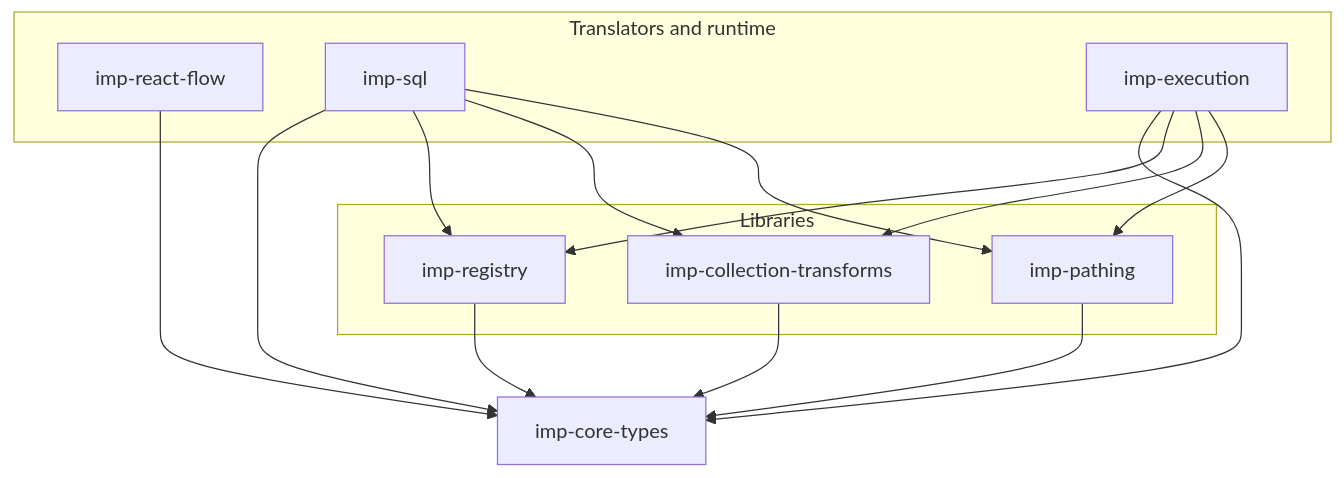
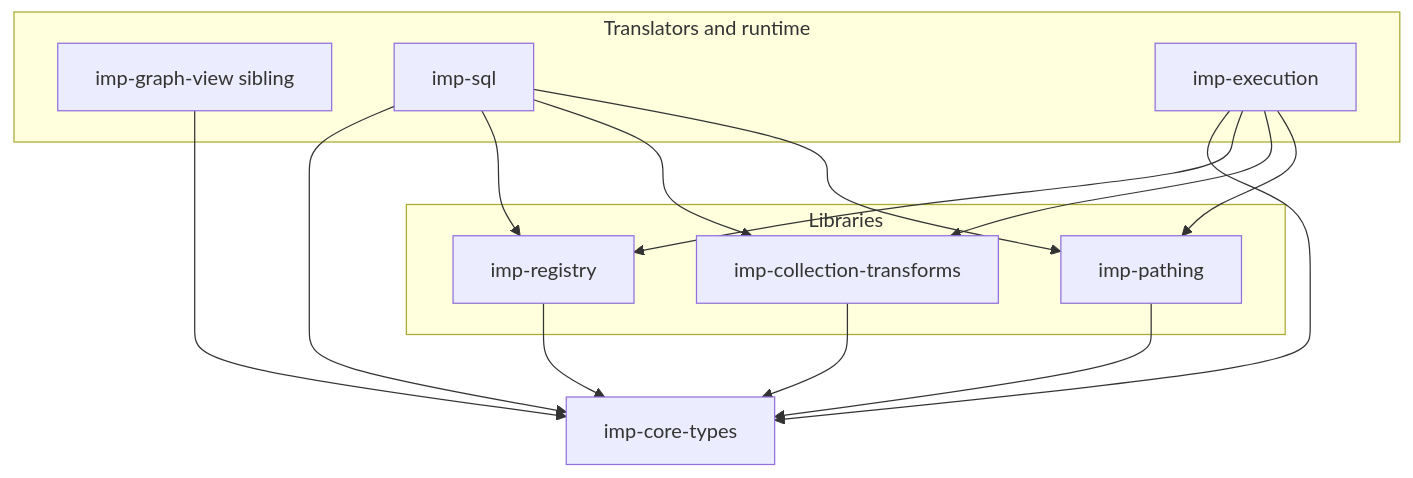
The diagram in packages/README.md (silentorb/imp-ts), drawn with Mermaid before and after one commit. The commit also changed other lines of this file and 12 other files, not shown here.

Commit message:
Remove imp-react-flow; Imp React Flow lives in imp-graph-view.

````diff
--- a/packages/README.md
+++ b/packages/README.md
@@ -17,30 +17,30 @@
 ```mermaid
 flowchart TB
   SPEC[imp-core-types]
 
   subgraph libraries [Libraries]
     REG[imp-registry]
     CT[imp-collection-transforms]
     PATH[imp-pathing]
   end
 
   REG --> SPEC
   CT --> SPEC
   PATH --> SPEC
 
   subgraph impTs [Translators and runtime]
-    RF[imp-react-flow]
+    RF[imp-graph-view sibling]
     SQL[imp-sql]
     EXEC[imp-execution]
   end
 
   RF --> SPEC
   SQL --> SPEC
   SQL --> REG
   SQL --> CT
   SQL --> PATH
   EXEC --> SPEC
   EXEC --> REG
   EXEC --> CT
   EXEC --> PATH
 ```
````
